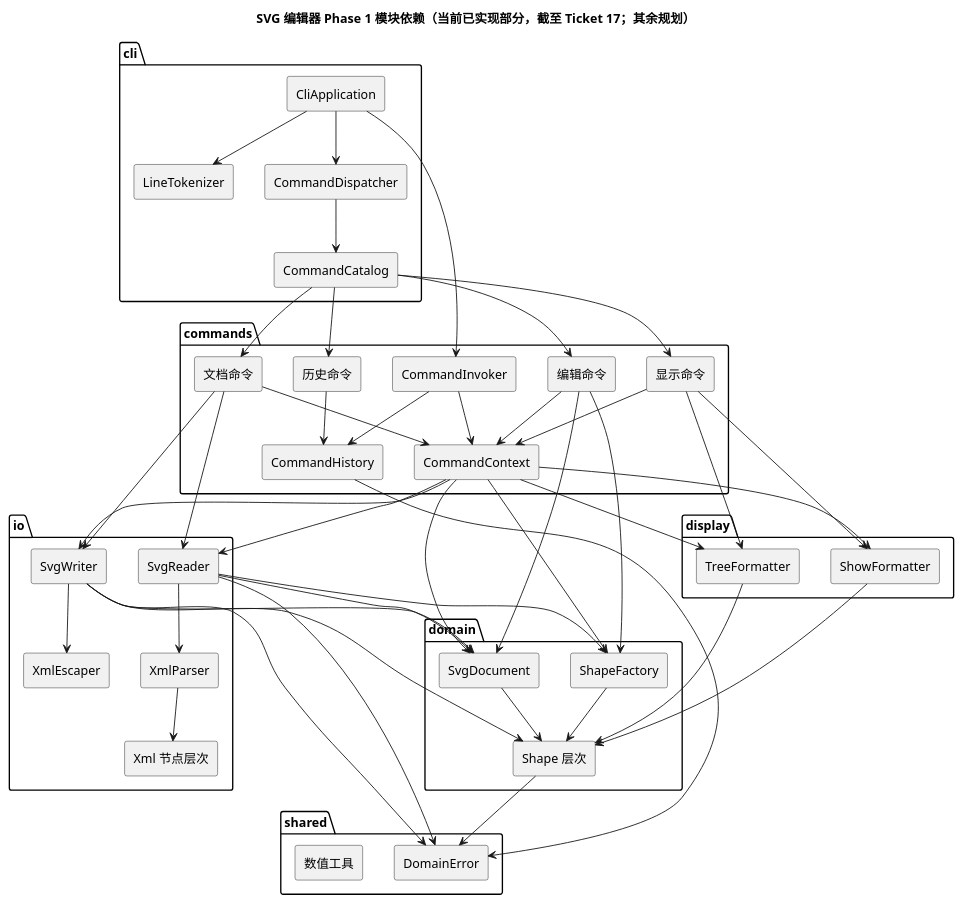
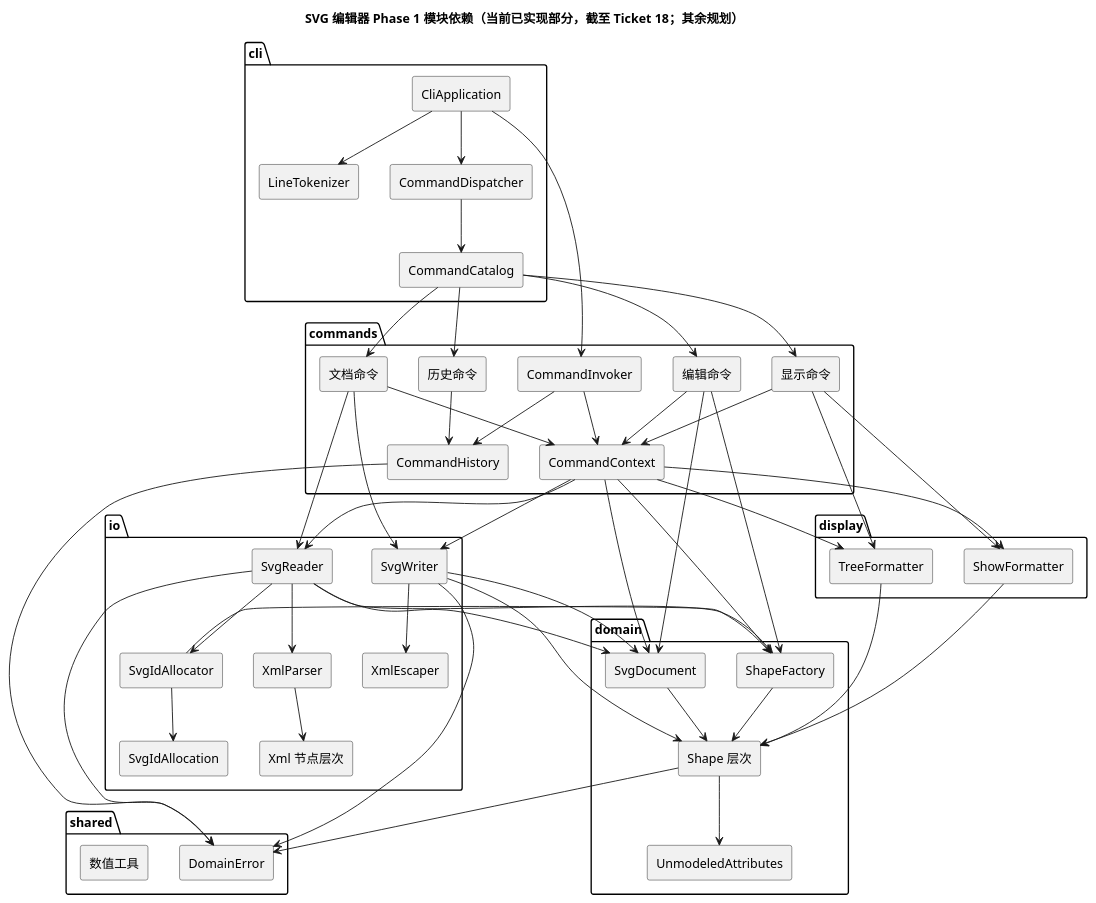
The diagram in doc/architecture.puml (NQC233/svg-editor-lab1), drawn with PlantUML before and after one commit. The commit also changed 5 other files, not shown here.

```diff
--- a/doc/architecture.puml
+++ b/doc/architecture.puml
@@ -1,87 +1,94 @@
 @startuml
 skinparam componentStyle rectangle
-title SVG 编辑器 Phase 1 模块依赖（当前已实现部分，截至 Ticket 17；其余规划）
+title SVG 编辑器 Phase 1 模块依赖（当前已实现部分，截至 Ticket 18；其余规划）
 
 package "cli" {
   [CliApplication]
   [CommandDispatcher]
   [CommandCatalog]
   [LineTokenizer]
 }
 
 package "commands" {
   [CommandInvoker]
   [CommandHistory]
   [CommandContext]
   [编辑命令]
   [文档命令]
   [显示命令]
   [历史命令]
 }
 
 package "domain" {
   [SvgDocument]
   [Shape 层次]
   [ShapeFactory]
+  [UnmodeledAttributes]
 }
 
 package "io" {
   [Xml 节点层次]
+  [SvgIdAllocator]
+  [SvgIdAllocation]
   [SvgReader]
   [SvgWriter]
   [XmlParser]
   [XmlEscaper]
 }
 
 package "display" {
   [TreeFormatter]
   [ShowFormatter]
 }
 
 package "shared" {
   [DomainError]
   [数值工具]
 }
 
 [CliApplication] --> [LineTokenizer]
 [CliApplication] --> [CommandDispatcher]
 [CliApplication] --> [CommandInvoker]
 [CommandDispatcher] --> [CommandCatalog]
 [CommandCatalog] --> [编辑命令]
 [CommandCatalog] --> [文档命令]
 [CommandCatalog] --> [显示命令]
 [CommandCatalog] --> [历史命令]
 [CommandInvoker] --> [CommandHistory]
 [CommandInvoker] --> [CommandContext]
 [编辑命令] --> [CommandContext]
 [文档命令] --> [CommandContext]
 [显示命令] --> [CommandContext]
 [历史命令] --> [CommandHistory]
 [CommandContext] --> [SvgDocument]
 [CommandContext] --> [SvgReader]
 [CommandContext] --> [SvgWriter]
 [CommandContext] --> [TreeFormatter]
 [CommandContext] --> [ShowFormatter]
 [CommandContext] --> [ShapeFactory]
 [编辑命令] --> [SvgDocument]
 [编辑命令] --> [ShapeFactory]
 [文档命令] --> [SvgReader]
 [文档命令] --> [SvgWriter]
 [显示命令] --> [TreeFormatter]
 [显示命令] --> [ShowFormatter]
 [SvgReader] --> [XmlParser]
 [XmlParser] --> [Xml 节点层次]
+[SvgReader] --> [SvgIdAllocator]
+[SvgIdAllocator] --> [SvgIdAllocation]
+[SvgIdAllocator] --> [ShapeFactory]
 [SvgReader] --> [SvgDocument]
 [SvgReader] --> [ShapeFactory]
 [SvgWriter] --> [SvgDocument]
 [SvgWriter] --> [Shape 层次]
 [SvgWriter] --> [XmlEscaper]
 [TreeFormatter] --> [Shape 层次]
 [ShowFormatter] --> [Shape 层次]
 [ShapeFactory] --> [Shape 层次]
 [SvgDocument] --> [Shape 层次]
+[Shape 层次] --> [UnmodeledAttributes]
 [Shape 层次] --> [DomainError]
 [SvgReader] --> [DomainError]
 [SvgWriter] --> [DomainError]
 [CommandHistory] --> [DomainError]
 @enduml
```
